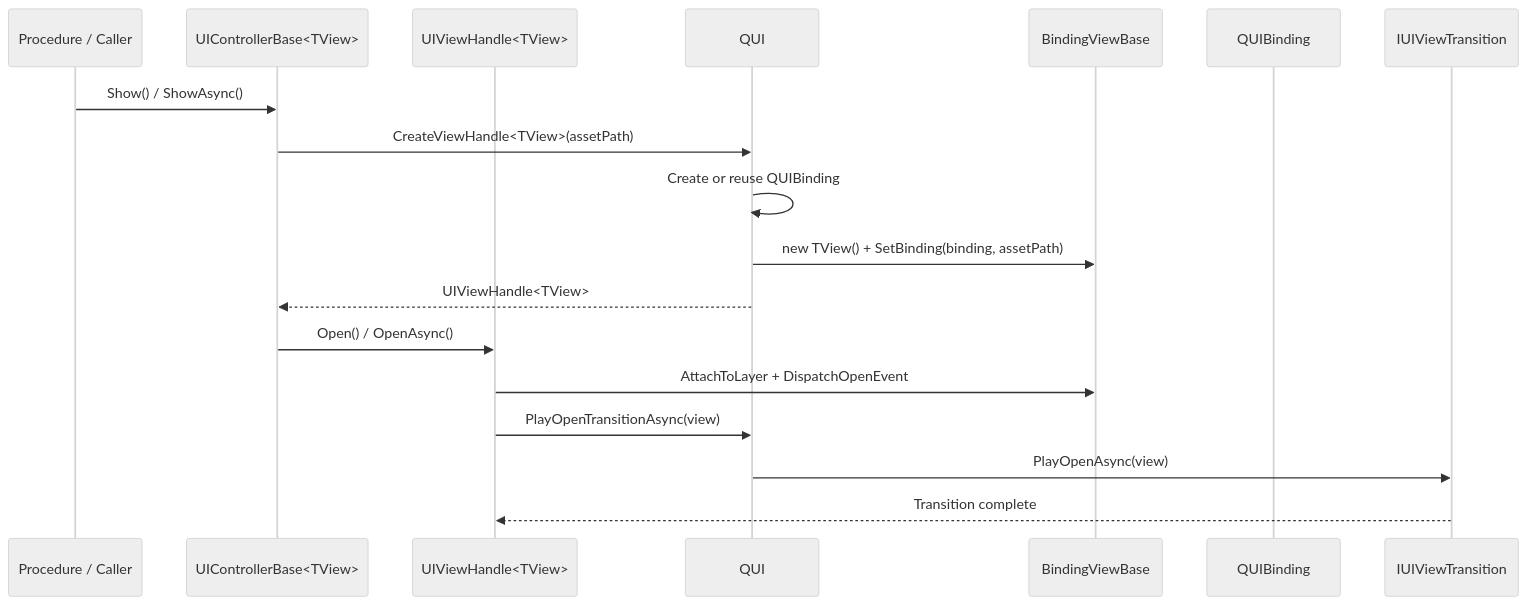
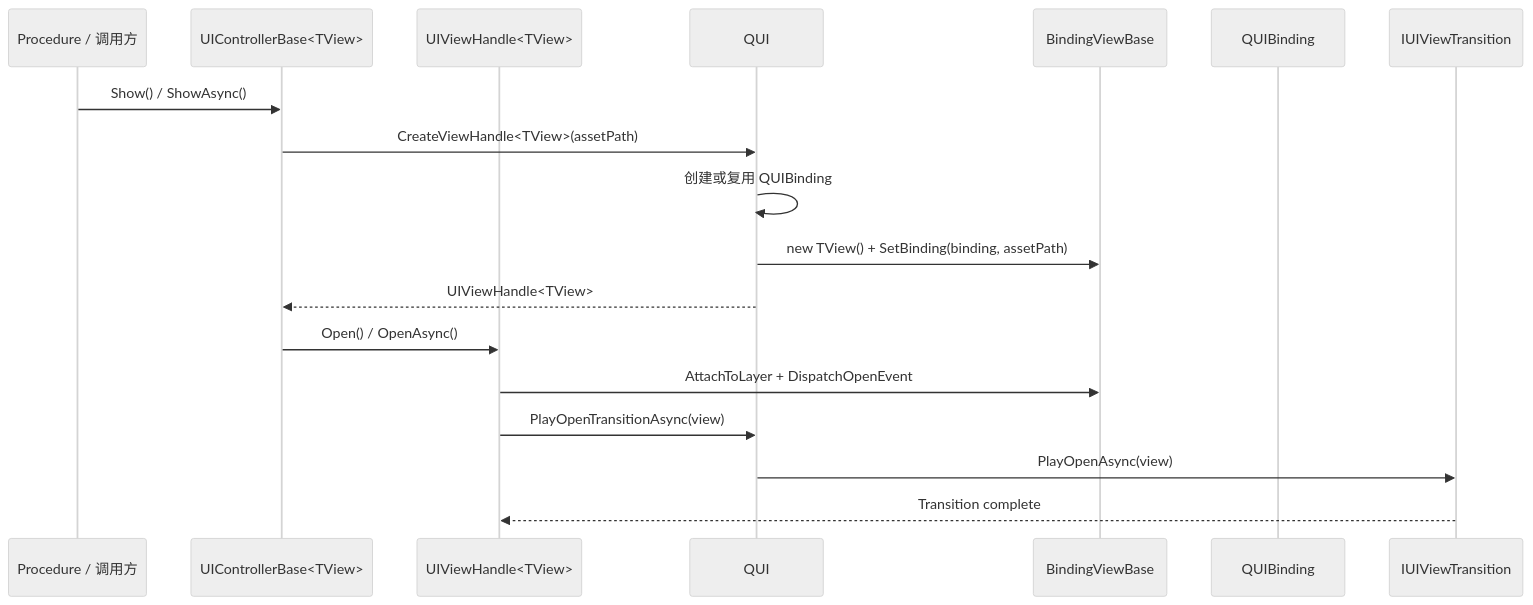
Before and after one commit to LukasChen/EFrameWork: the second of 4 diagrams in packages/com.eframework.core/Documentation~/user/UI_FRAMEWORK_GUIDE.md, drawn with Mermaid (neutral theme). The commit also changed other lines of this file and 384 other files, not shown here.

````diff
--- a/packages/com.eframework.core/Documentation~/user/UI_FRAMEWORK_GUIDE.md
+++ b/packages/com.eframework.core/Documentation~/user/UI_FRAMEWORK_GUIDE.md
@@ -139,21 +143,21 @@
 ```mermaid
 sequenceDiagram
-    participant P as Procedure / Caller
+    participant P as Procedure / 调用方
     participant C as UIControllerBase<TView>
     participant H as UIViewHandle<TView>
     participant Q as QUI
     participant V as BindingViewBase
     participant B as QUIBinding
     participant T as IUIViewTransition
 
     P->>C: Show() / ShowAsync()
     C->>Q: CreateViewHandle<TView>(assetPath)
-    Q->>Q: Create or reuse QUIBinding
+    Q->>Q: 创建或复用 QUIBinding
     Q->>V: new TView() + SetBinding(binding, assetPath)
     Q-->>C: UIViewHandle<TView>
     C->>H: Open() / OpenAsync()
     H->>V: AttachToLayer + DispatchOpenEvent
     H->>Q: PlayOpenTransitionAsync(view)
     Q->>T: PlayOpenAsync(view)
     T-->>H: Transition complete
 ```
````
